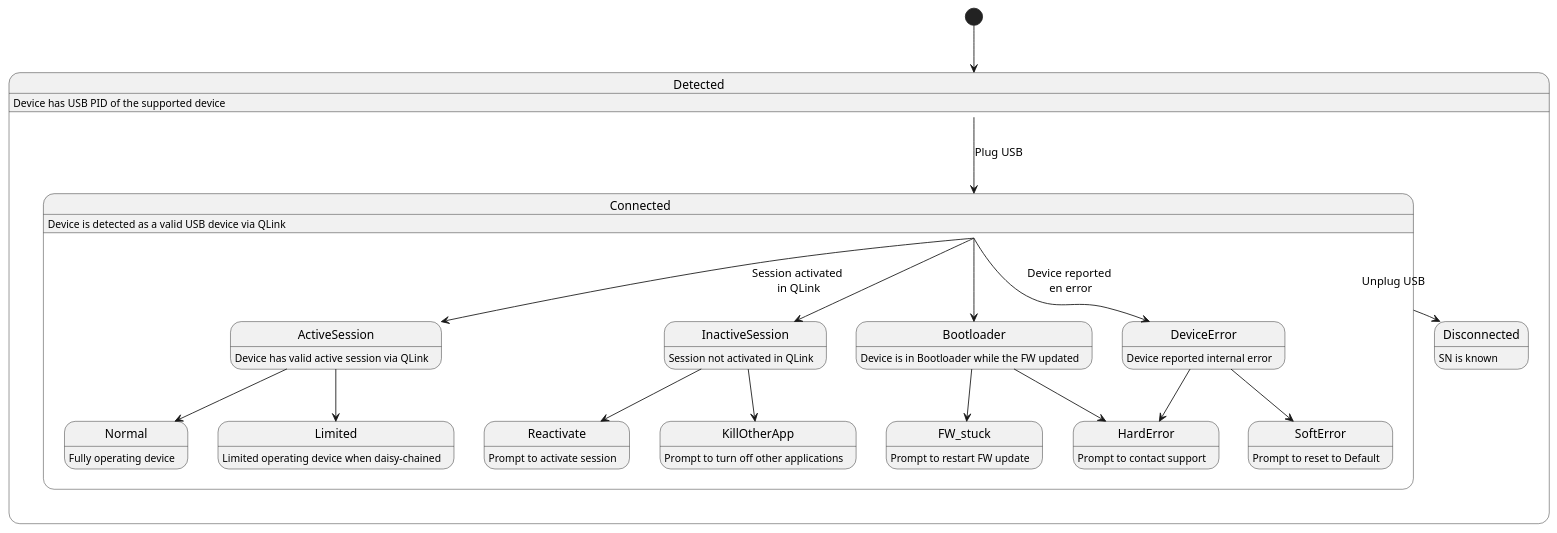
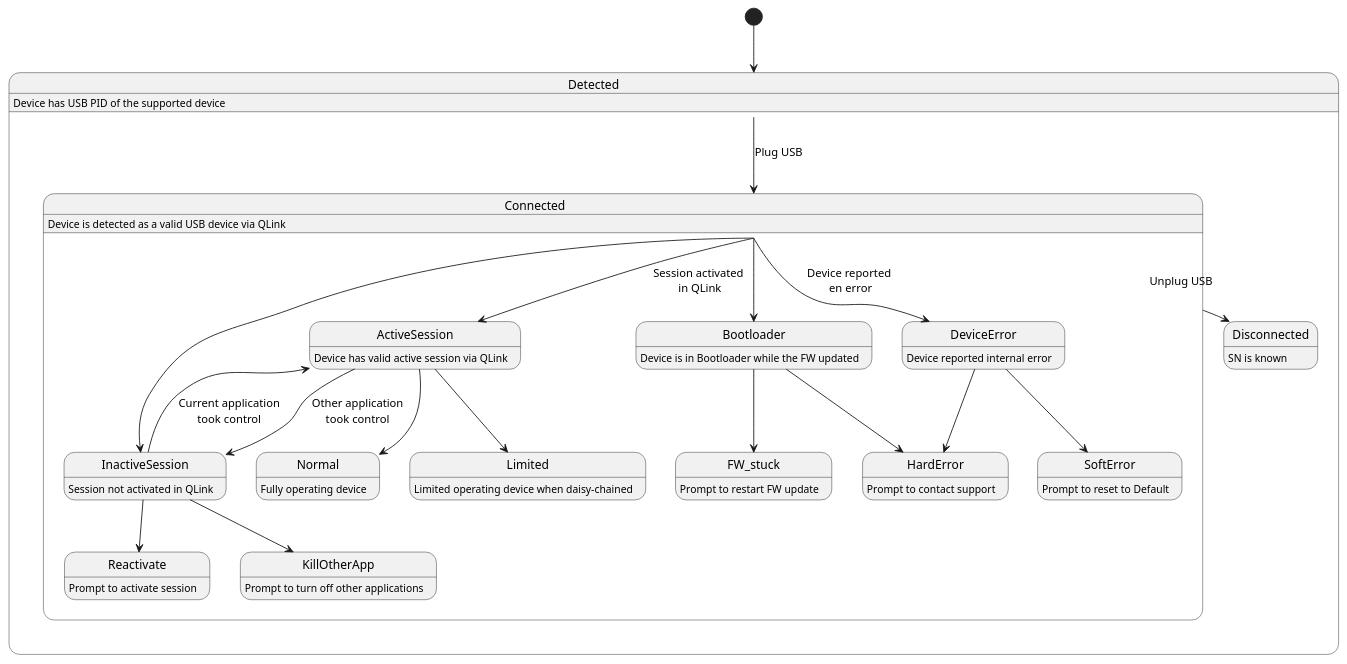
Before and after one commit to Headruner/UML-snippets: the diagram in UML/device_statuses_physical.puml, drawn with PlantUML. The commit also changed 3 other files, not shown here.

Commit message:
active <--> inactive

```diff
--- a/UML/device_statuses_physical.puml
+++ b/UML/device_statuses_physical.puml
@@ -1,38 +1,40 @@
 @startuml
 
   [*] --> Detected
 
 state Detected {
   Detected: Device has USB PID of the supported device
   Disconnected: SN is known
   Detected --> Connected : Plug USB
   Connected --> Disconnected : Unplug USB
 }
 
 state Connected {
   Connected --> ActiveSession : Session activated \nin QLink
   ActiveSession --> Normal
   ActiveSession : Device has valid active session via QLink
   Normal : Fully operating device
   ActiveSession --> Limited
   Limited: Limited operating device when daisy-chained
   Connected : Device is detected as a valid USB device via QLink
   Connected --> InactiveSession
   InactiveSession : Session not activated in QLink
   InactiveSession --> Reactivate
   Reactivate :Prompt to activate session
   InactiveSession --> KillOtherApp
   KillOtherApp : Prompt to turn off other applications
   Connected --> Bootloader
   Bootloader : Device is in Bootloader while the FW updated
   Bootloader --> FW_stuck
   Bootloader --> HardError
   FW_stuck : Prompt to restart FW update
   Connected --> DeviceError : Device reported \nen error
   DeviceError --> SoftError
   DeviceError : Device reported internal error
   SoftError : Prompt to reset to Default
   DeviceError --> HardError
   HardError : Prompt to contact support
+  ActiveSession --> InactiveSession : Other application\ntook control
+  ActiveSession <-- InactiveSession : Current application\ntook control 
 }
 @enduml
```
